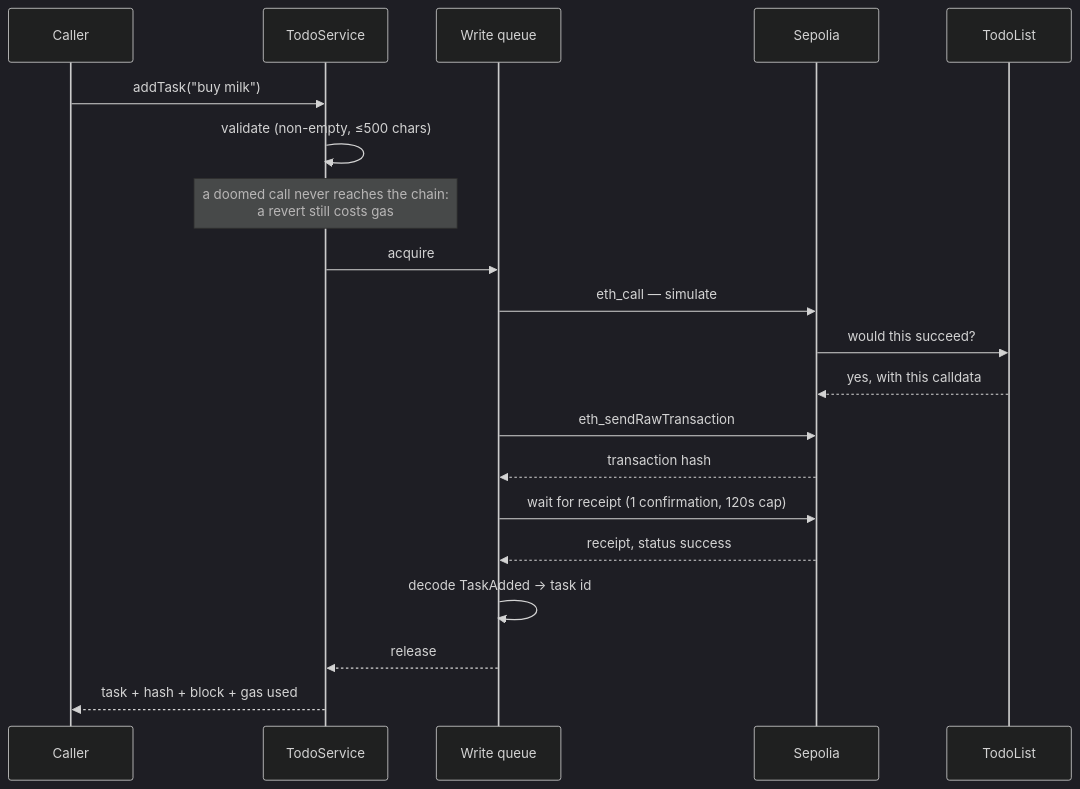
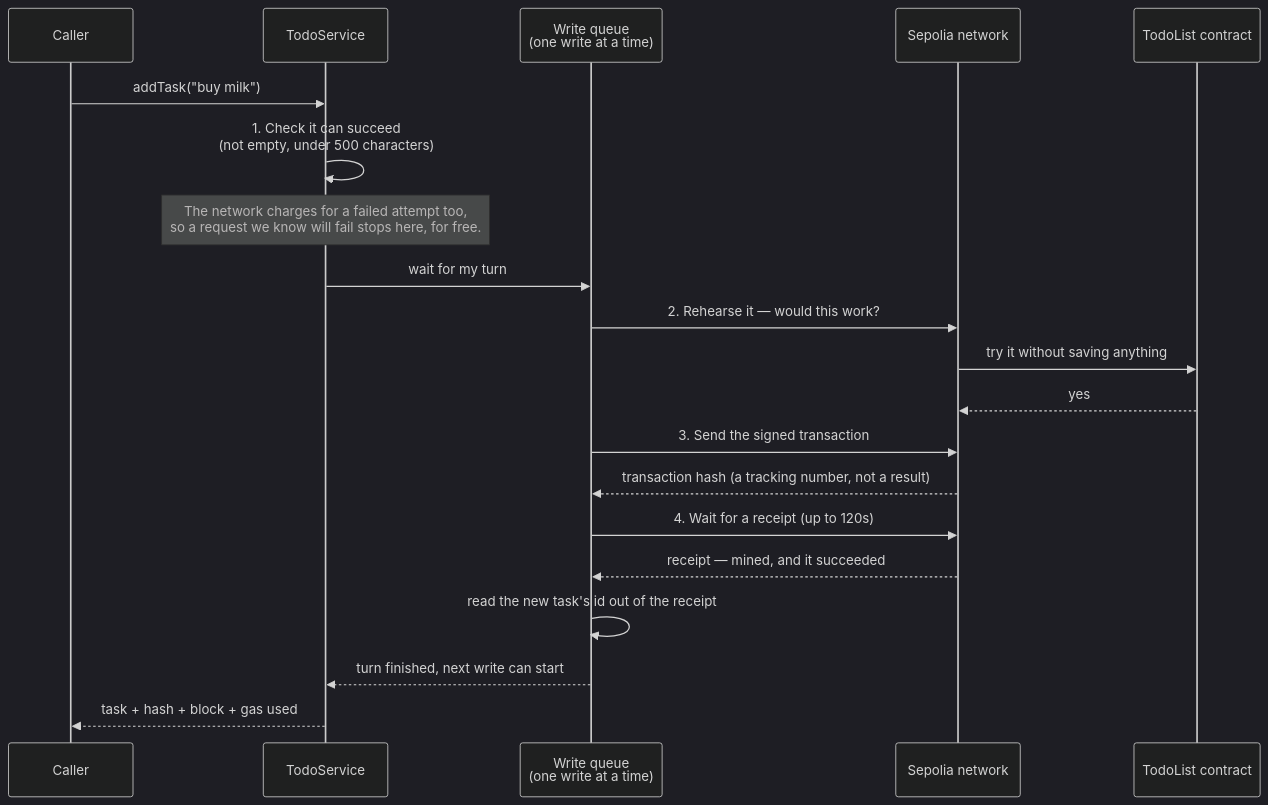
The second of 2 diagrams in docs/ARCHITECTURE.md (galshohat/fb-pse-assignment), drawn with Mermaid (dark theme) before and after one commit. The commit also changed other lines of this file and 6 other files, not shown here.

````diff
--- a/docs/ARCHITECTURE.md
+++ b/docs/ARCHITECTURE.md
@@ -57,23 +64,23 @@
 ```mermaid
 sequenceDiagram
     participant C as Caller
     participant S as TodoService
-    participant Q as Write queue
-    participant N as Sepolia
-    participant X as TodoList
+    participant Q as Write queue<br/>(one write at a time)
+    participant N as Sepolia network
+    participant X as TodoList contract
 
     C->>S: addTask("buy milk")
-    S->>S: validate (non-empty, ≤500 chars)
-    Note over S: a doomed call never reaches the chain:<br/>a revert still costs gas
-    S->>Q: acquire
-    Q->>N: eth_call — simulate
-    N->>X: would this succeed?
-    X-->>N: yes, with this calldata
-    Q->>N: eth_sendRawTransaction
-    N-->>Q: transaction hash
-    Q->>N: wait for receipt (1 confirmation, 120s cap)
-    N-->>Q: receipt, status success
-    Q->>Q: decode TaskAdded → task id
-    Q-->>S: release
+    S->>S: 1. Check it can succeed<br/>(not empty, under 500 characters)
+    Note over S: The network charges for a failed attempt too,<br/>so a request we know will fail stops here, for free.
+    S->>Q: wait for my turn
+    Q->>N: 2. Rehearse it — would this work?
+    N->>X: try it without saving anything
+    X-->>N: yes
+    Q->>N: 3. Send the signed transaction
+    N-->>Q: transaction hash (a tracking number, not a result)
+    Q->>N: 4. Wait for a receipt (up to 120s)
+    N-->>Q: receipt — mined, and it succeeded
+    Q->>Q: read the new task's id out of the receipt
+    Q-->>S: turn finished, next write can start
     S-->>C: task + hash + block + gas used
 ```
````
